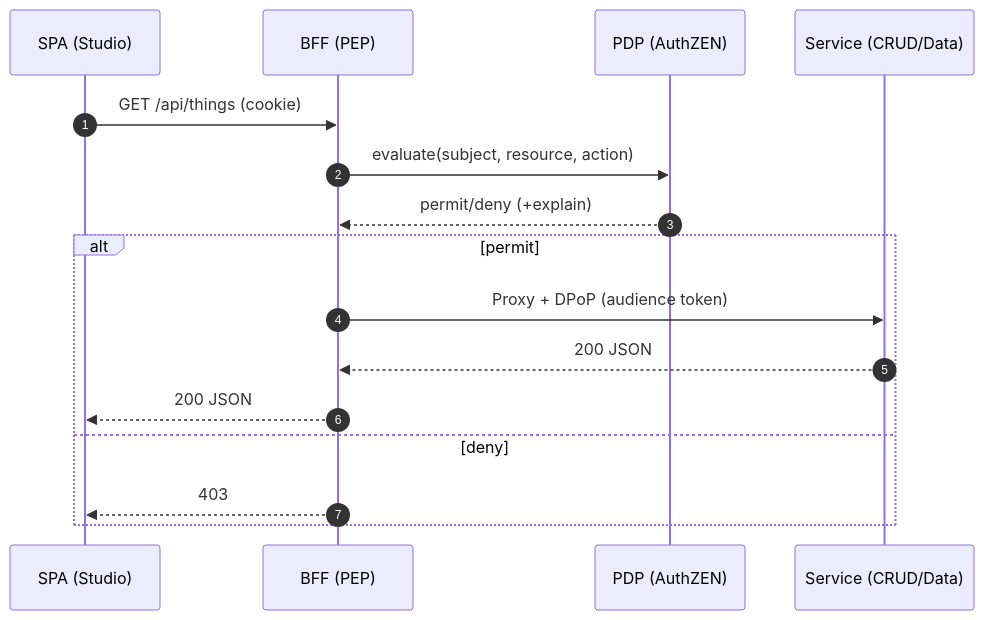
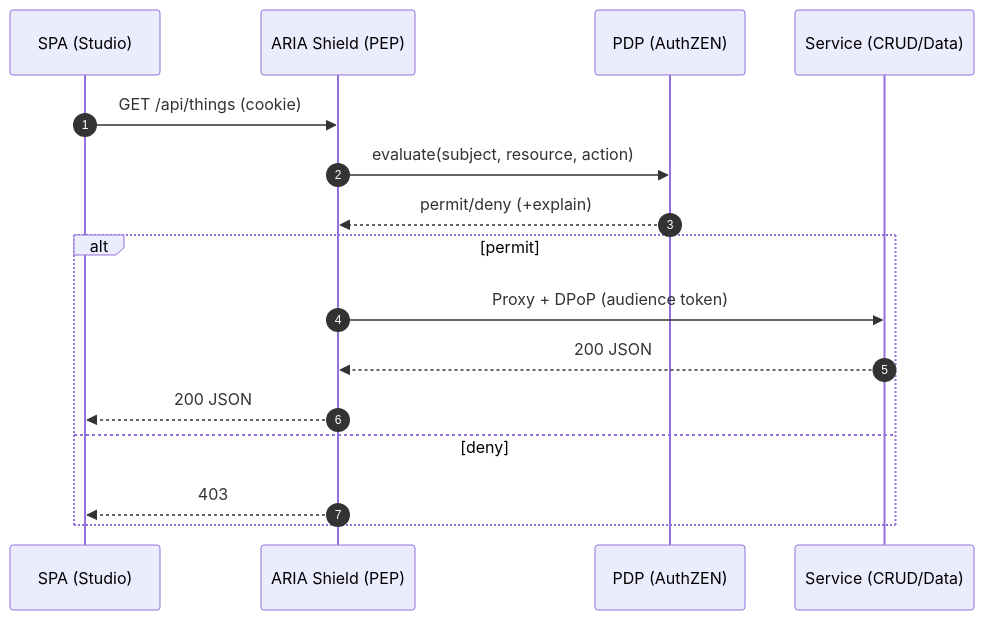
The diagram in docs/marketing/authzen-pdp.md (empowerID/empowernow_docs), drawn with Mermaid before and after one commit. The commit also changed other lines of this file and 36 other files, not shown here.

Commit message:
docs: standardize naming to ARIA Shield and ARIA MCP Gateway; clarify budget vs MCP, update hubs & marketing

````diff
--- a/docs/marketing/authzen-pdp.md
+++ b/docs/marketing/authzen-pdp.md
@@ -18,19 +18,19 @@
 ```mermaid
 sequenceDiagram
   autonumber
   participant SPA as SPA (Studio)
-  participant BFF as BFF (PEP)
+  participant BFF as ARIA Shield (PEP)
   participant PDP as PDP (AuthZEN)
   participant SVC as Service (CRUD/Data)
 
   SPA->>BFF: GET /api/things (cookie)
   BFF->>PDP: evaluate(subject, resource, action)
   PDP-->>BFF: permit/deny (+explain)
   alt permit
     BFF->>SVC: Proxy + DPoP (audience token)
     SVC-->>BFF: 200 JSON
     BFF-->>SPA: 200 JSON
   else deny
     BFF-->>SPA: 403
   end
 ```
````
